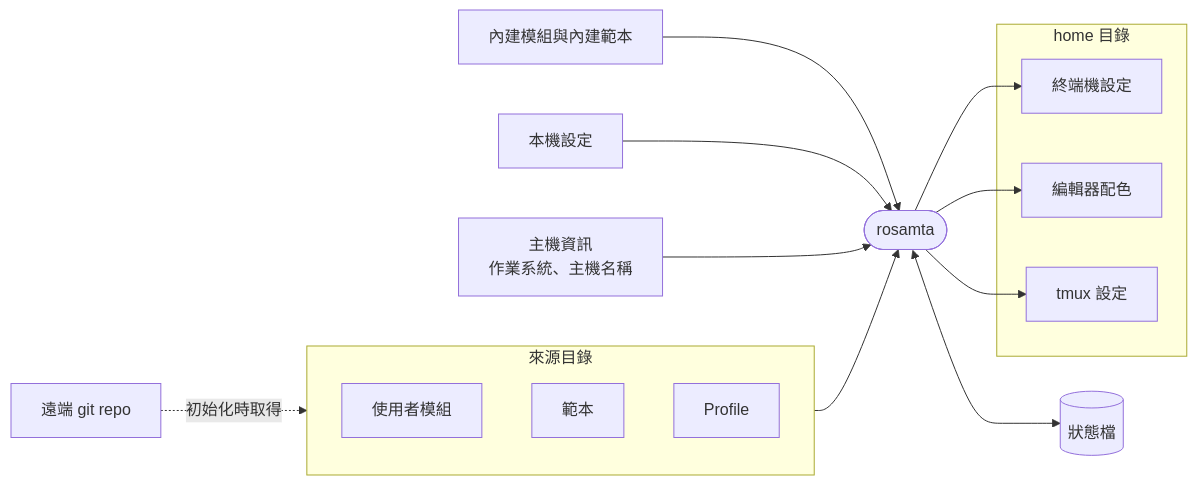
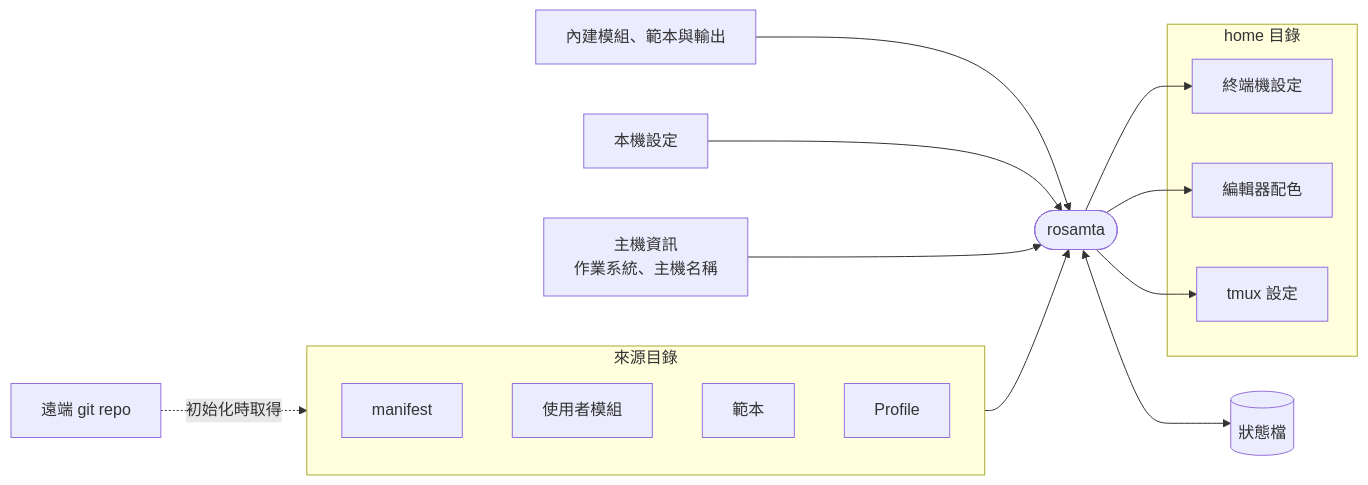
The diagram in docs/02-srs/srs.md (accidental-two-timer-sam-woof/rosamta-waterfall), drawn with Mermaid before and after one commit. The commit also changed other lines of this file, not shown here.

````diff
--- a/docs/02-srs/srs.md
+++ b/docs/02-srs/srs.md
@@ -189,29 +194,30 @@
 ```mermaid
 flowchart LR
     REMOTE["遠端 git repo"]
     subgraph src["來源目錄"]
+        MF["manifest"]
         UM["使用者模組"]
         TP["範本"]
         PF["Profile"]
     end
-    BI["內建模組與內建範本"]
+    BI["內建模組、範本與輸出"]
     LC["本機設定"]
     ENV["主機資訊<br>作業系統、主機名稱"]
     R(["rosamta"])
     ST[("狀態檔")]
     subgraph home["home 目錄"]
         O1["終端機設定"]
         O2["編輯器配色"]
         O3["tmux 設定"]
     end
 
     REMOTE -.->|初始化時取得| src
     src --> R
     BI --> R
     LC --> R
     ENV --> R
     R <--> ST
     R --> O1
     R --> O2
     R --> O3
 ```
````
